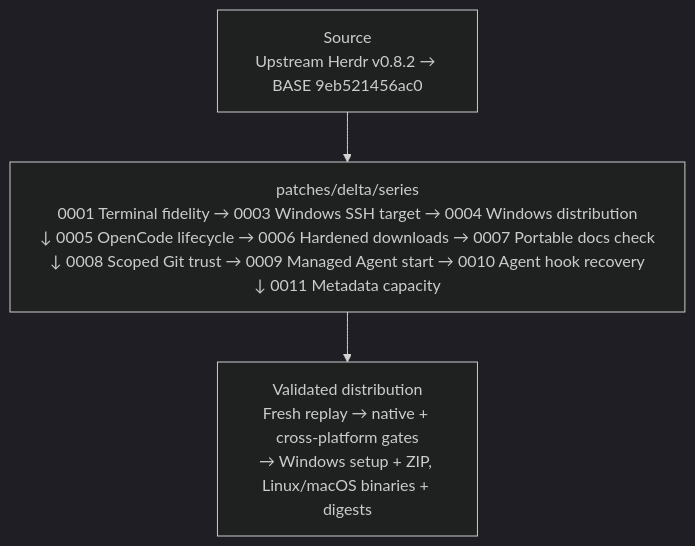
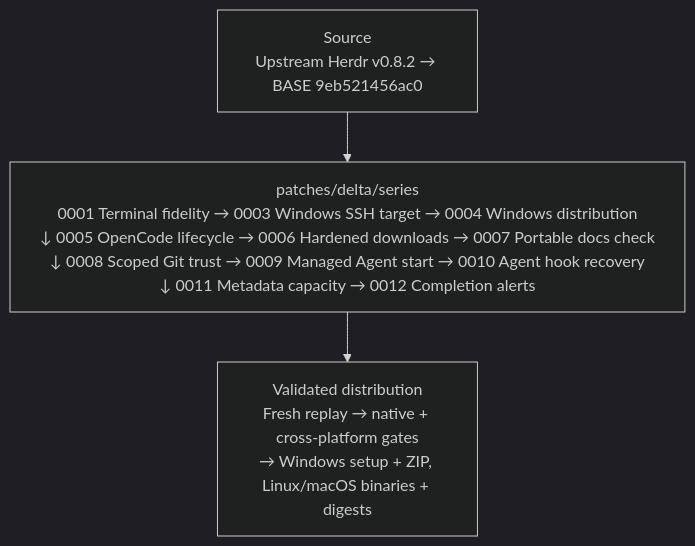
The diagram in README.md (hdosys/herdr-win), drawn with Mermaid (dark theme) before and after one commit. The commit also changed other lines of this file and 13 other files, not shown here.

````diff
--- a/README.md
+++ b/README.md
@@ -64,7 +65,7 @@
 ```mermaid
 flowchart TB
     S["Source<br/>Upstream Herdr v0.8.2 → BASE 9eb521456ac0"]
-    Q["patches/delta/series<br/>0001&nbsp;Terminal&nbsp;fidelity&nbsp;→&nbsp;0003&nbsp;Windows&nbsp;SSH&nbsp;target&nbsp;→&nbsp;0004&nbsp;Windows&nbsp;distribution<br/>↓&nbsp;0005&nbsp;OpenCode&nbsp;lifecycle&nbsp;→&nbsp;0006&nbsp;Hardened&nbsp;downloads&nbsp;→&nbsp;0007&nbsp;Portable&nbsp;docs&nbsp;check<br/>↓&nbsp;0008&nbsp;Scoped&nbsp;Git&nbsp;trust&nbsp;→&nbsp;0009&nbsp;Managed&nbsp;Agent&nbsp;start&nbsp;→&nbsp;0010&nbsp;Agent&nbsp;hook&nbsp;recovery<br/>↓&nbsp;0011&nbsp;Metadata&nbsp;capacity"]
+    Q["patches/delta/series<br/>0001&nbsp;Terminal&nbsp;fidelity&nbsp;→&nbsp;0003&nbsp;Windows&nbsp;SSH&nbsp;target&nbsp;→&nbsp;0004&nbsp;Windows&nbsp;distribution<br/>↓&nbsp;0005&nbsp;OpenCode&nbsp;lifecycle&nbsp;→&nbsp;0006&nbsp;Hardened&nbsp;downloads&nbsp;→&nbsp;0007&nbsp;Portable&nbsp;docs&nbsp;check<br/>↓&nbsp;0008&nbsp;Scoped&nbsp;Git&nbsp;trust&nbsp;→&nbsp;0009&nbsp;Managed&nbsp;Agent&nbsp;start&nbsp;→&nbsp;0010&nbsp;Agent&nbsp;hook&nbsp;recovery<br/>↓&nbsp;0011&nbsp;Metadata&nbsp;capacity&nbsp;→&nbsp;0012&nbsp;Completion&nbsp;alerts"]
     V["Validated distribution<br/>Fresh replay → native + cross-platform gates<br/>→ Windows setup + ZIP, Linux/macOS binaries + digests"]
     S --> Q --> V
 ```
````
